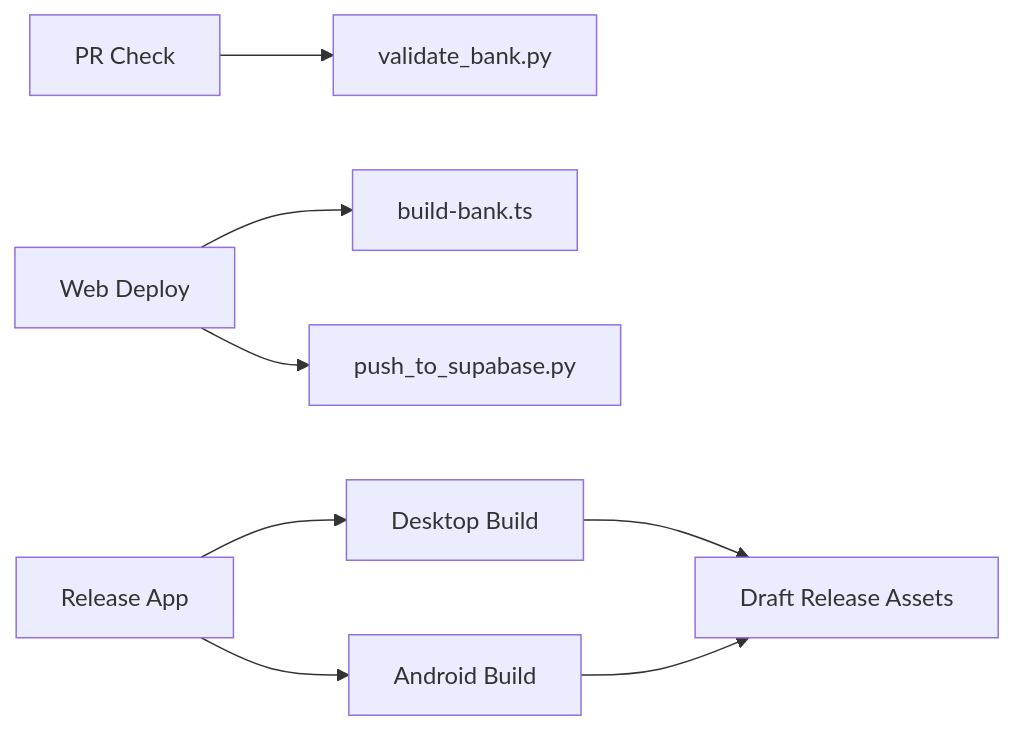
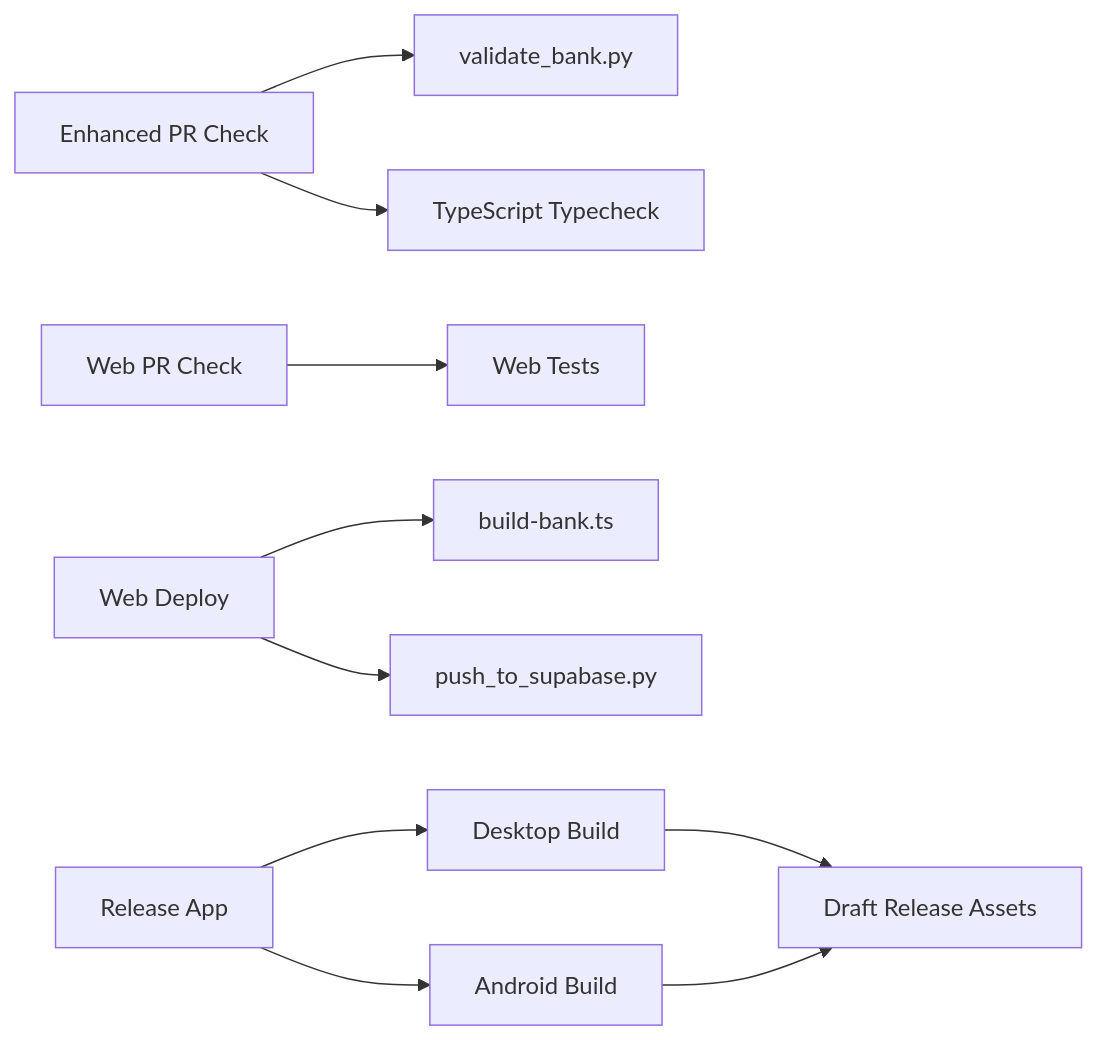
The eighth of 8 diagrams in .qoder/repowiki/en/content/Build and Deployment/CI_CD Pipeline.md (muhammadhabibullah/tbs-lpdp), drawn with Mermaid before and after one commit. The commit also changed other lines of this file and 6 other files, not shown here.

````diff
--- a/.qoder/repowiki/en/content/Build and Deployment/CI_CD Pipeline.md
+++ b/.qoder/repowiki/en/content/Build and Deployment/CI_CD Pipeline.md
@@ -274,10 +340,12 @@
 ```mermaid
 graph LR
-PR["PR Check"] --> VBPY["validate_bank.py"]
+PR["Enhanced PR Check"] --> VBPY["validate_bank.py"]
+PR --> TYPECHECK["TypeScript Typecheck"]
+PRWEB["Web PR Check"] --> TESTS["Web Tests"]
 WEB["Web Deploy"] --> BBT["build-bank.ts"]
 WEB --> PYPUB["push_to_supabase.py"]
 REL["Release App"] --> DESK["Desktop Build"]
 REL --> ANDR["Android Build"]
 DESK --> RELASSET["Draft Release Assets"]
 ANDR --> RELASSET
 ```
````
